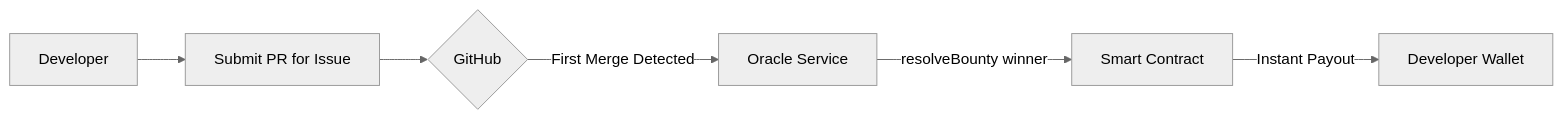
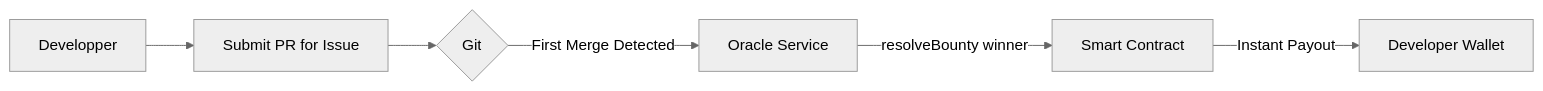
The third of 4 diagrams in README.md (b3ww/ethglobal), drawn with Mermaid (neutral theme) before and after one commit. The commit also changed other lines of this file, not shown here.

````diff
--- a/README.md
+++ b/README.md
@@ -46,8 +98,8 @@
 ```mermaid
 flowchart LR
-    A[Developer] --> B[Submit PR for Issue]
-    B --> C{GitHub}
+    A[Developper] --> B[Submit PR for Issue]
+    B --> C{Git}
     C -->|First Merge Detected| D[Oracle Service]
     D -->|resolveBounty winner| E[Smart Contract]
     E -->|Instant Payout| F[Developer Wallet]
 ```
````
